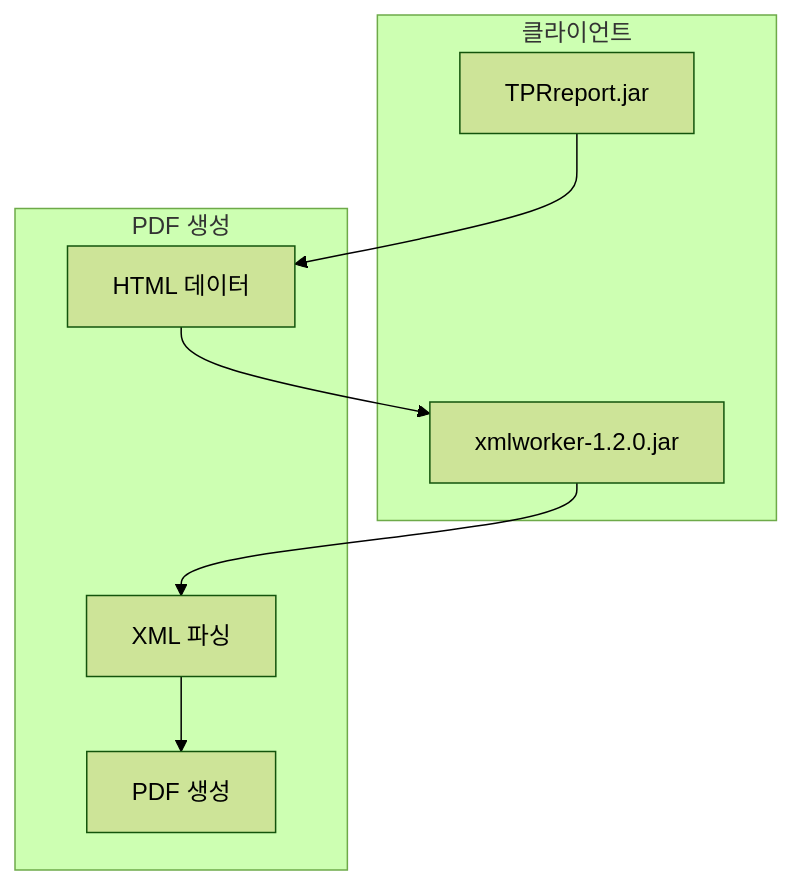
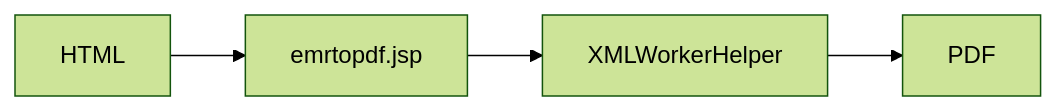
One commit to forsylph/nph changed the diagram in 03.analysis_results/033.platform-services/0333.Solutions/F.iText-PDF.md. Above: the diagram before and after it, drawn with Mermaid (forest theme). The commit also changed other lines of this file and 5 other files, not shown here.

````diff
--- a/03.analysis_results/033.platform-services/0333.Solutions/F.iText-PDF.md
+++ b/03.analysis_results/033.platform-services/0333.Solutions/F.iText-PDF.md
@@ -83,18 +86,6 @@
 ```mermaid
-flowchart TB
-    subgraph Client["클라이언트"]
-        Applet[TPRreport.jar]
-        XMLWorker[xmlworker-1.2.0.jar]
-    end
-
-    subgraph Process["PDF 생성"]
-        HTML[HTML 데이터]
-        Parse[XML 파싱]
-        PDF[PDF 생성]
-    end
-
-    Applet --> HTML
-    HTML --> XMLWorker
-    XMLWorker --> Parse
-    Parse --> PDF
+flowchart LR
+    HTML["HTML"] --> JSP["emrtopdf.jsp"]
+    JSP --> XW["XMLWorkerHelper"]
+    XW --> PDF["PDF"]
 ```
````
